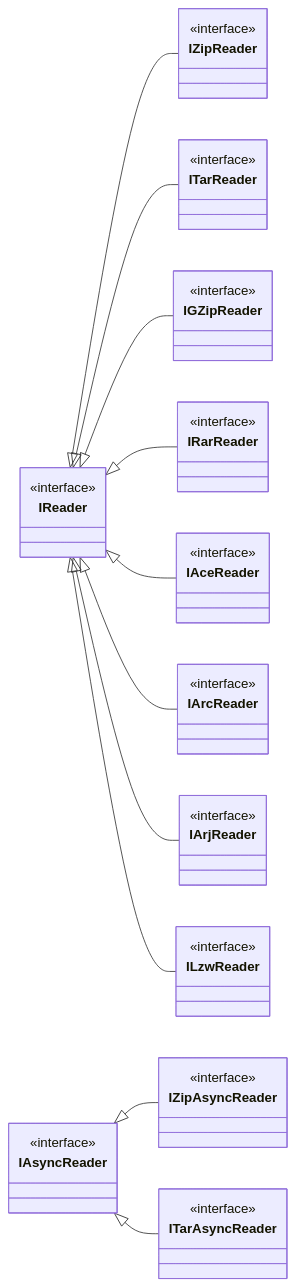
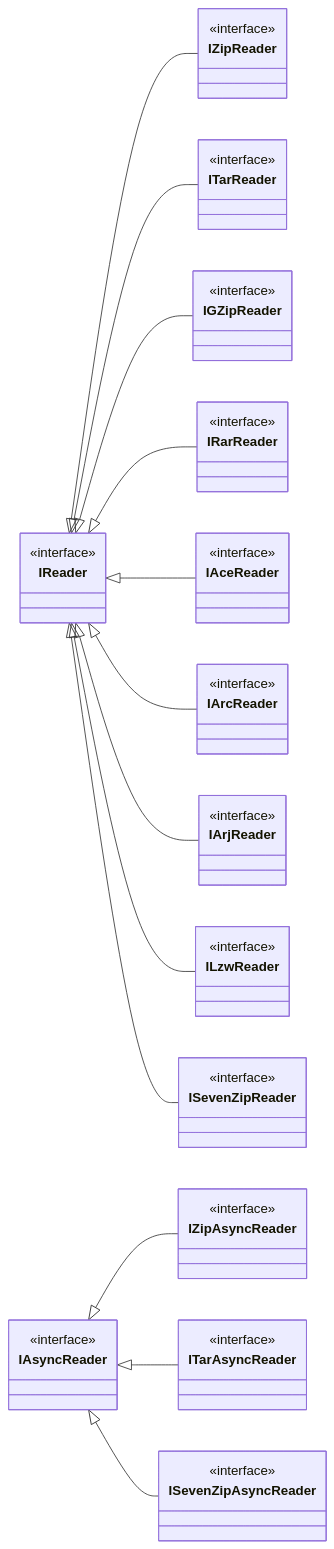
Before and after one commit to adamhathcock/sharpcompress: the eighth of 10 diagrams in docs/INTERFACES.md, drawn with Mermaid. The commit also changed other lines of this file and 2 other files, not shown here.

````diff
--- a/docs/INTERFACES.md
+++ b/docs/INTERFACES.md
@@ -358,53 +385,61 @@
 ```mermaid
 classDiagram
     direction LR
     
     class IReader {
         <<interface>>
     }
     class IAsyncReader {
         <<interface>>
     }
     
     class IZipReader {
         <<interface>>
     }
     class IZipAsyncReader {
         <<interface>>
     }
     class ITarReader {
         <<interface>>
     }
     class ITarAsyncReader {
         <<interface>>
     }
     class IGZipReader {
         <<interface>>
     }
     class IRarReader {
         <<interface>>
     }
     class IAceReader {
         <<interface>>
     }
     class IArcReader {
         <<interface>>
     }
     class IArjReader {
         <<interface>>
     }
     class ILzwReader {
         <<interface>>
     }
+    class ISevenZipReader {
+        <<interface>>
+    }
+    class ISevenZipAsyncReader {
+        <<interface>>
+    }
     
     IReader <|-- IZipReader
     IAsyncReader <|-- IZipAsyncReader
     IReader <|-- ITarReader
     IAsyncReader <|-- ITarAsyncReader
     IReader <|-- IGZipReader
     IReader <|-- IRarReader
     IReader <|-- IAceReader
     IReader <|-- IArcReader
     IReader <|-- IArjReader
     IReader <|-- ILzwReader
+    IReader <|-- ISevenZipReader
+    IAsyncReader <|-- ISevenZipAsyncReader
 ```
````
